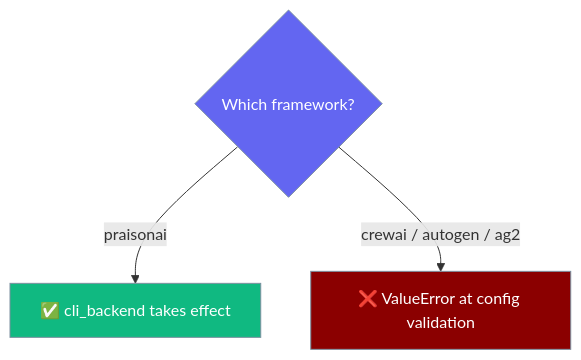
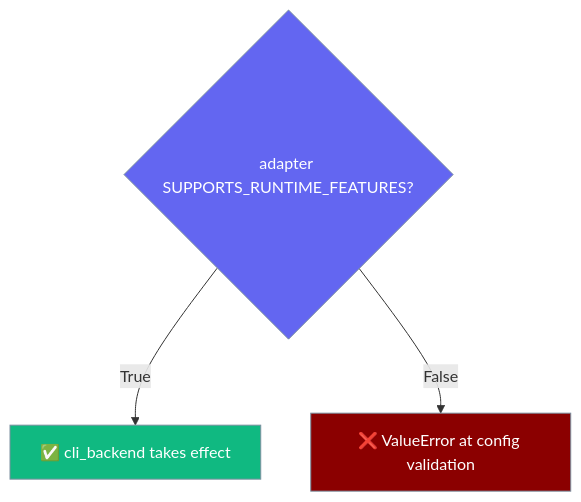
The fourth of 5 diagrams in docs/features/cli-backend-protocol.mdx (MervinPraison/PraisonAIDocs), drawn with Mermaid before and after one commit. The commit also changed other lines of this file and 6 other files, not shown here.

First line of the commit message:
docs: document SUPPORTS_WORKFLOW / SUPPORTS_RUNTIME_FEATURES capability flags + AutoGenerator ToolResolver routing (fixes #1646)

````diff
--- a/docs/features/cli-backend-protocol.mdx
+++ b/docs/features/cli-backend-protocol.mdx
@@ -199,14 +199,14 @@
 ```mermaid
 graph TB
-    Q{Which framework?}
-    Q -->|praisonai| OK[✅ cli_backend takes effect]
-    Q -->|crewai / autogen / ag2| FAIL[❌ ValueError at config validation]
+    Q{adapter SUPPORTS_RUNTIME_FEATURES?}
+    Q -->|True| OK[✅ cli_backend takes effect]
+    Q -->|False| FAIL[❌ ValueError at config validation]
     
     classDef question fill:#6366F1,stroke:#7C90A0,color:#fff
     classDef success fill:#10B981,stroke:#7C90A0,color:#fff
     classDef error fill:#8B0000,stroke:#7C90A0,color:#fff
     
     class Q question
     class OK success
     class FAIL error
 ```
````
